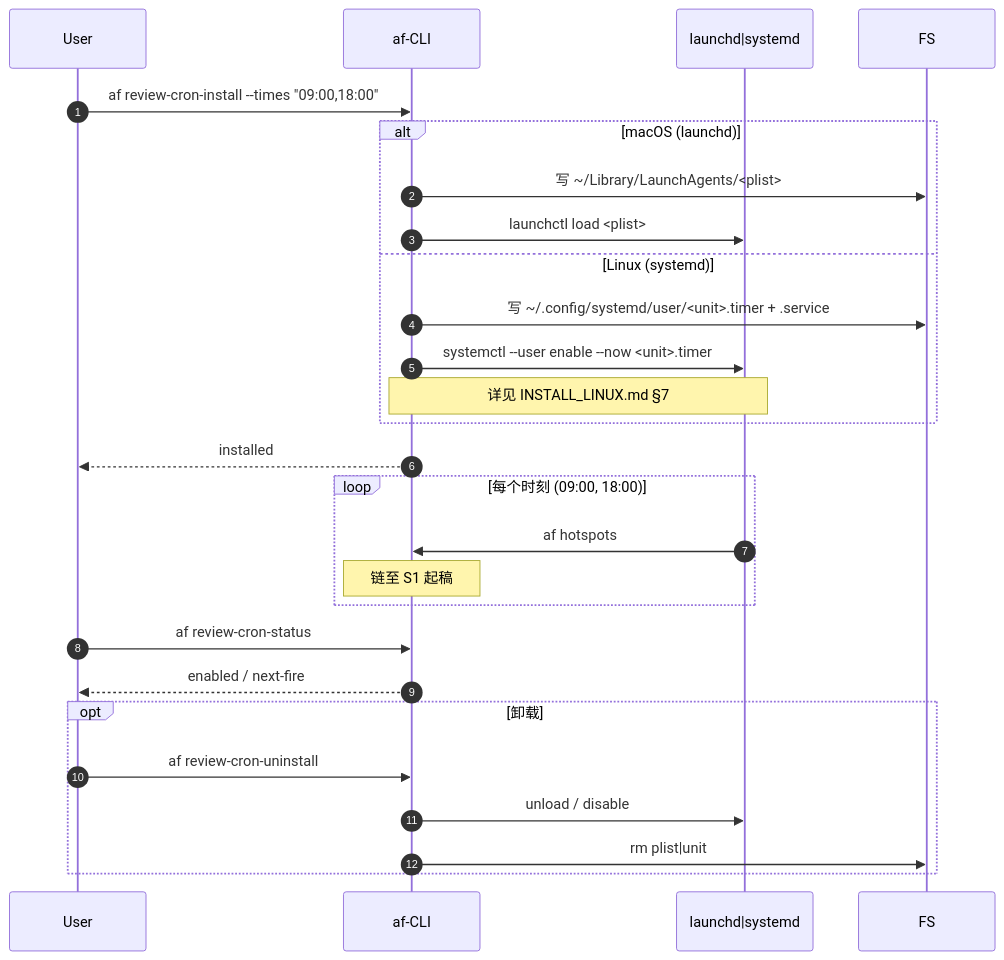
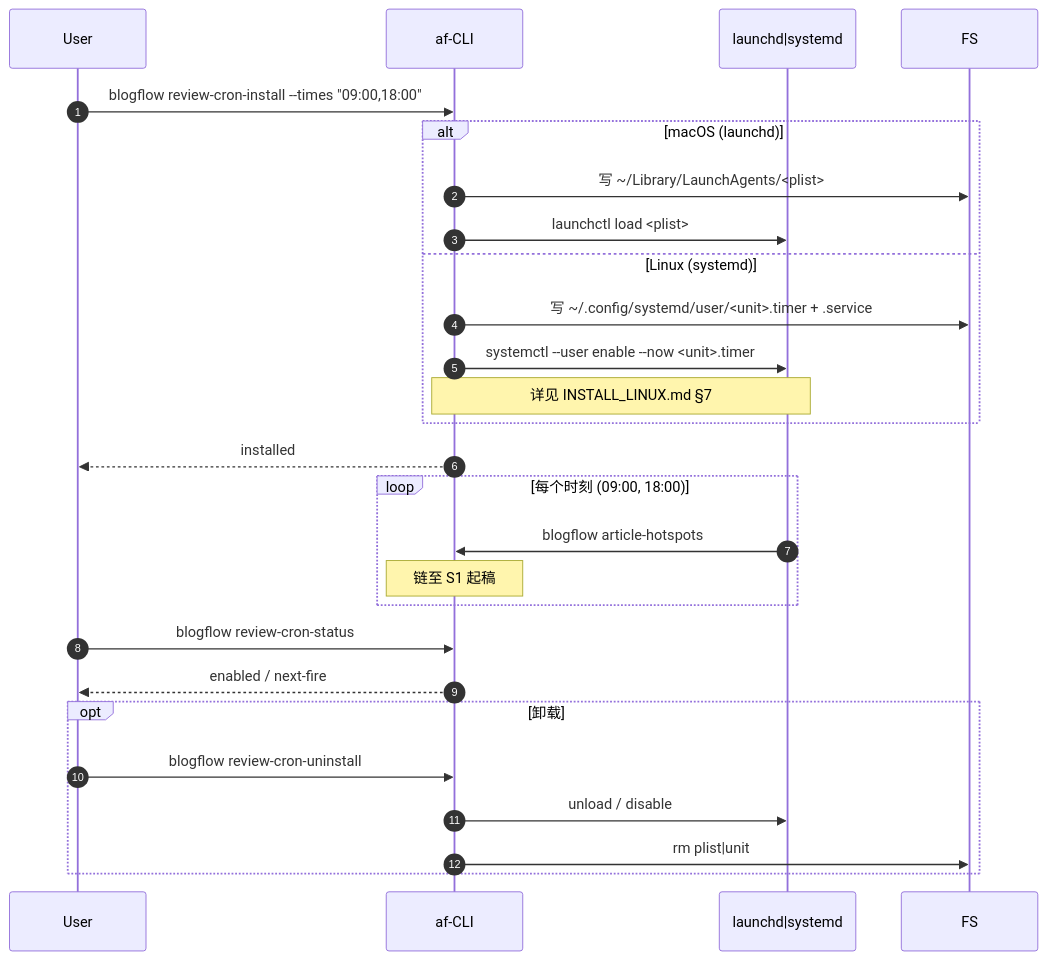
Diagram 21 of 23 in docs/flows/USER_SCENARIOS.md (witness1993x/agentflow-article-publishing), drawn with Mermaid before and after one commit. The commit also changed other lines of this file and 72 other files, not shown here.

First line of the commit message:
lark-parity: snapshot from agentflow-article-publishing v1.1.9 + WIP blogflow rename

````diff
--- a/docs/flows/USER_SCENARIOS.md
+++ b/docs/flows/USER_SCENARIOS.md
@@ -918,29 +925,29 @@
 ```mermaid
 sequenceDiagram
     autonumber
     participant User
     participant CLI as af-CLI
     participant Sched as launchd|systemd
     participant FS
-    User->>CLI: af review-cron-install --times "09:00,18:00"
+    User->>CLI: blogflow review-cron-install --times "09:00,18:00"
     alt macOS (launchd)
         CLI->>FS: 写 ~/Library/LaunchAgents/<plist>
         CLI->>Sched: launchctl load <plist>
     else Linux (systemd)
         CLI->>FS: 写 ~/.config/systemd/user/<unit>.timer + .service
         CLI->>Sched: systemctl --user enable --now <unit>.timer
         Note over CLI,Sched: 详见 INSTALL_LINUX.md §7
     end
     CLI-->>User: installed
     loop 每个时刻 (09:00, 18:00)
-        Sched->>CLI: af hotspots
+        Sched->>CLI: blogflow article-hotspots
         Note over CLI: 链至 S1 起稿
     end
-    User->>CLI: af review-cron-status
+    User->>CLI: blogflow review-cron-status
     CLI-->>User: enabled / next-fire
     opt 卸载
-        User->>CLI: af review-cron-uninstall
+        User->>CLI: blogflow review-cron-uninstall
         CLI->>Sched: unload / disable
         CLI->>FS: rm plist|unit
     end
 ```
````
